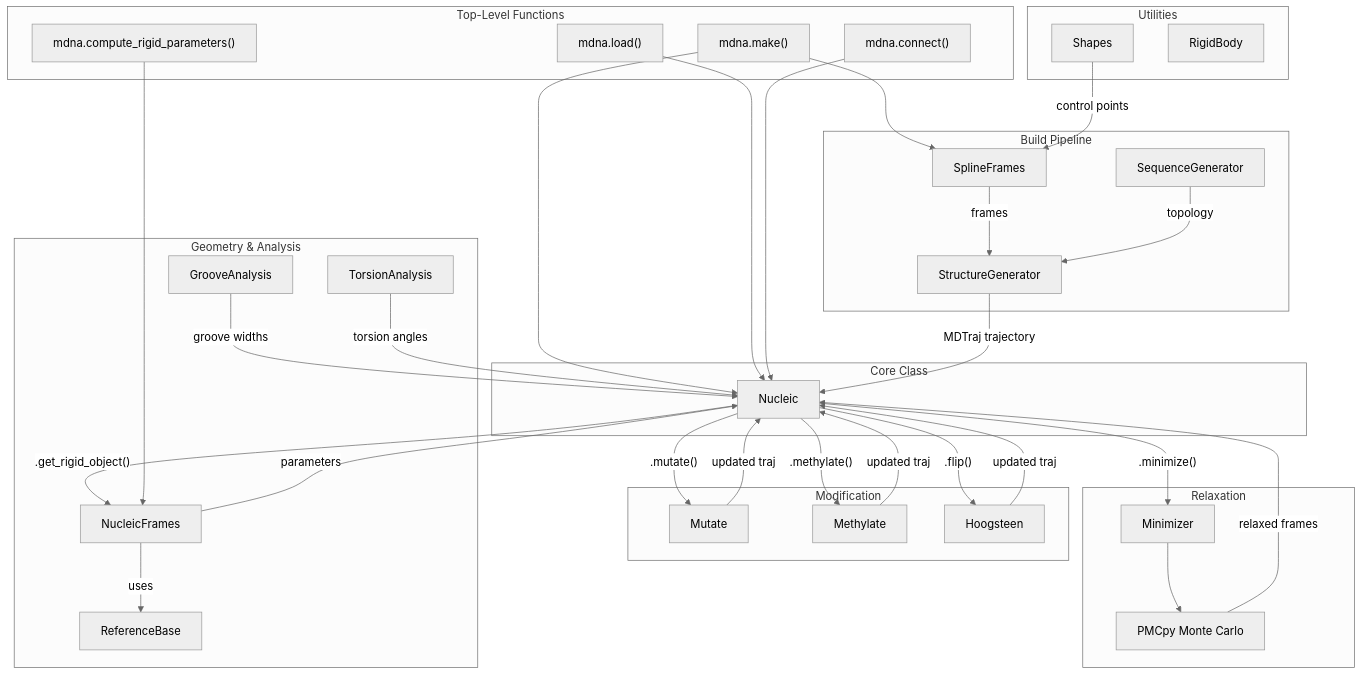
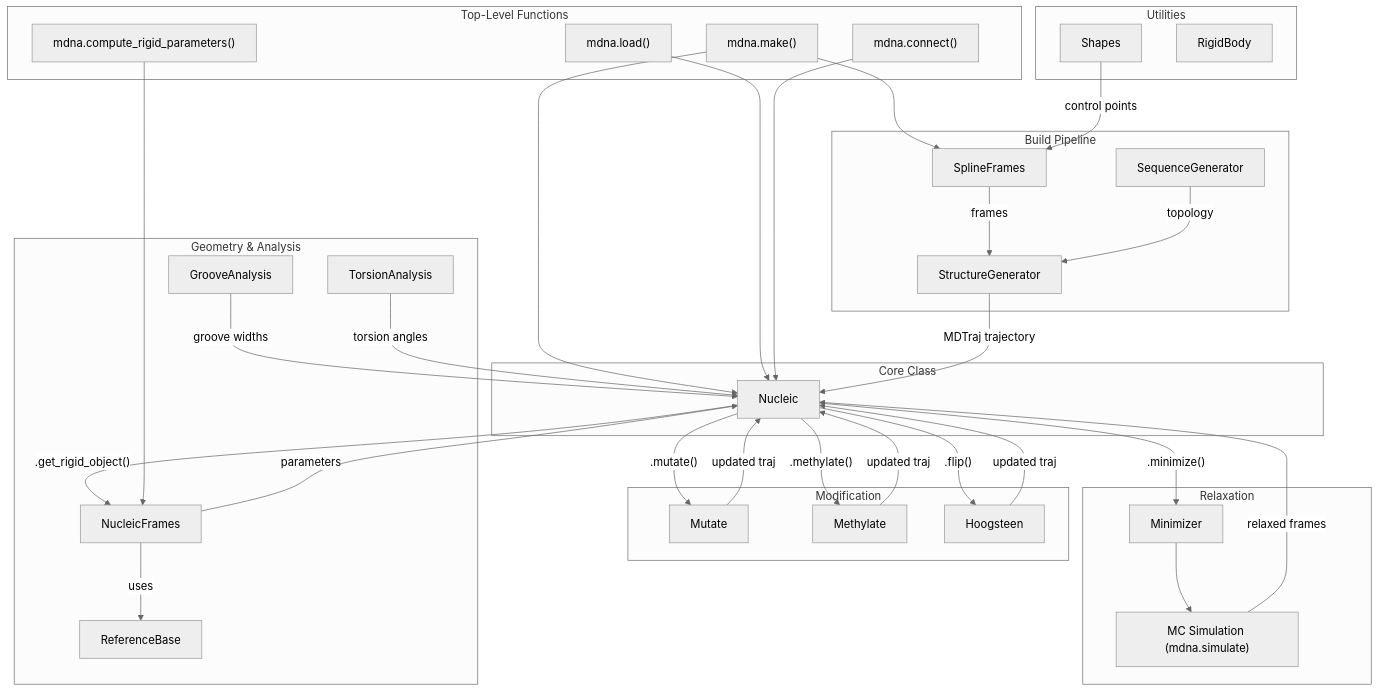
Before and after one commit to Heezch/mdna: the first of 2 diagrams in docs/concepts/architecture.md, drawn with Mermaid (neutral theme). The commit also changed 257 other files, not shown here.

````diff
--- a/docs/concepts/architecture.md
+++ b/docs/concepts/architecture.md
@@ -9,71 +9,71 @@
 ```mermaid
 graph TD
     subgraph "Top-Level Functions"
         make["mdna.make()"]
         load["mdna.load()"]
         connect["mdna.connect()"]
         crp["mdna.compute_rigid_parameters()"]
     end
 
     subgraph "Core Class"
         NUC["Nucleic"]
     end
 
     subgraph "Build Pipeline"
         SP["SplineFrames"]
         SG["SequenceGenerator"]
         STG["StructureGenerator"]
     end
 
     subgraph "Geometry & Analysis"
         RB["ReferenceBase"]
         NF["NucleicFrames"]
         GA["GrooveAnalysis"]
         TA["TorsionAnalysis"]
     end
 
     subgraph "Modification"
         MUT["Mutate"]
         METH["Methylate"]
         HOOG["Hoogsteen"]
     end
 
     subgraph "Relaxation"
         MIN["Minimizer"]
-        MC["PMCpy Monte Carlo"]
+        MC["MC Simulation (mdna.simulate)"]
     end
 
     subgraph "Utilities"
         SH["Shapes"]
         RBD["RigidBody"]
     end
 
     make --> SP
     make --> NUC
     load --> NUC
     connect --> NUC
 
     SH -->|control points| SP
     SP -->|frames| STG
     SG -->|topology| STG
     STG -->|MDTraj trajectory| NUC
 
     NUC -->|".minimize()"| MIN
     MIN --> MC
     MC -->|relaxed frames| NUC
 
     NUC -->|".mutate()"| MUT
     NUC -->|".methylate()"| METH
     NUC -->|".flip()"| HOOG
     MUT -->|updated traj| NUC
     METH -->|updated traj| NUC
     HOOG -->|updated traj| NUC
 
     NUC -->|".get_rigid_object()"| NF
     crp --> NF
     NF -->|uses| RB
     NF -->|parameters| NUC
 
     GA -->|groove widths| NUC
     TA -->|torsion angles| NUC
 ```
````
